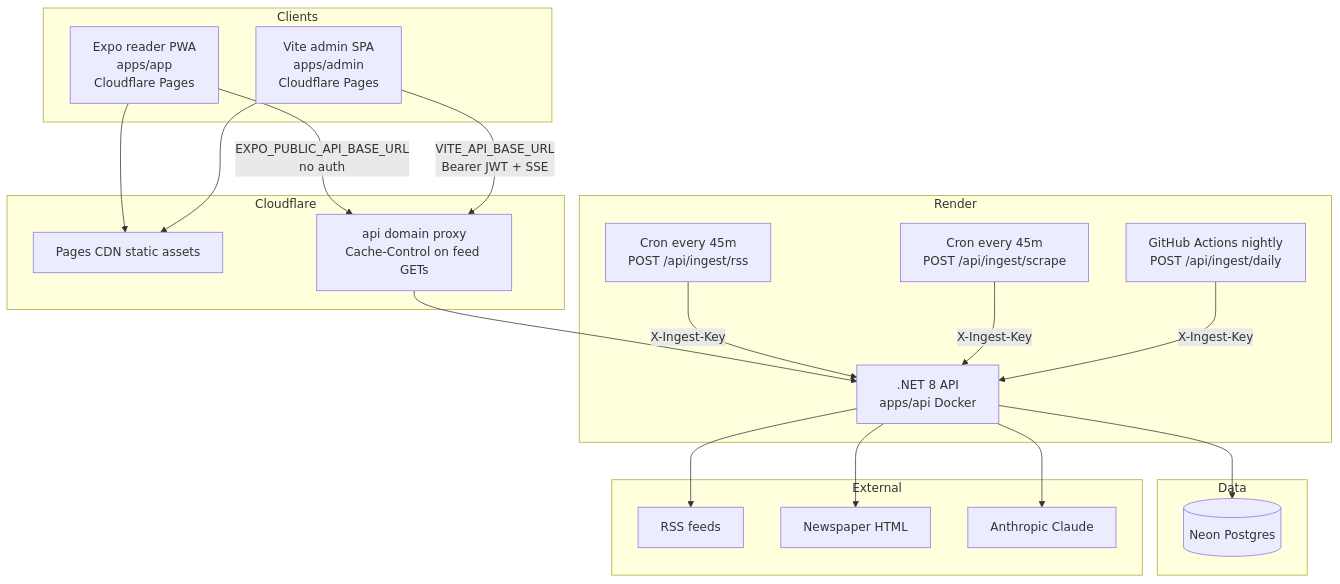
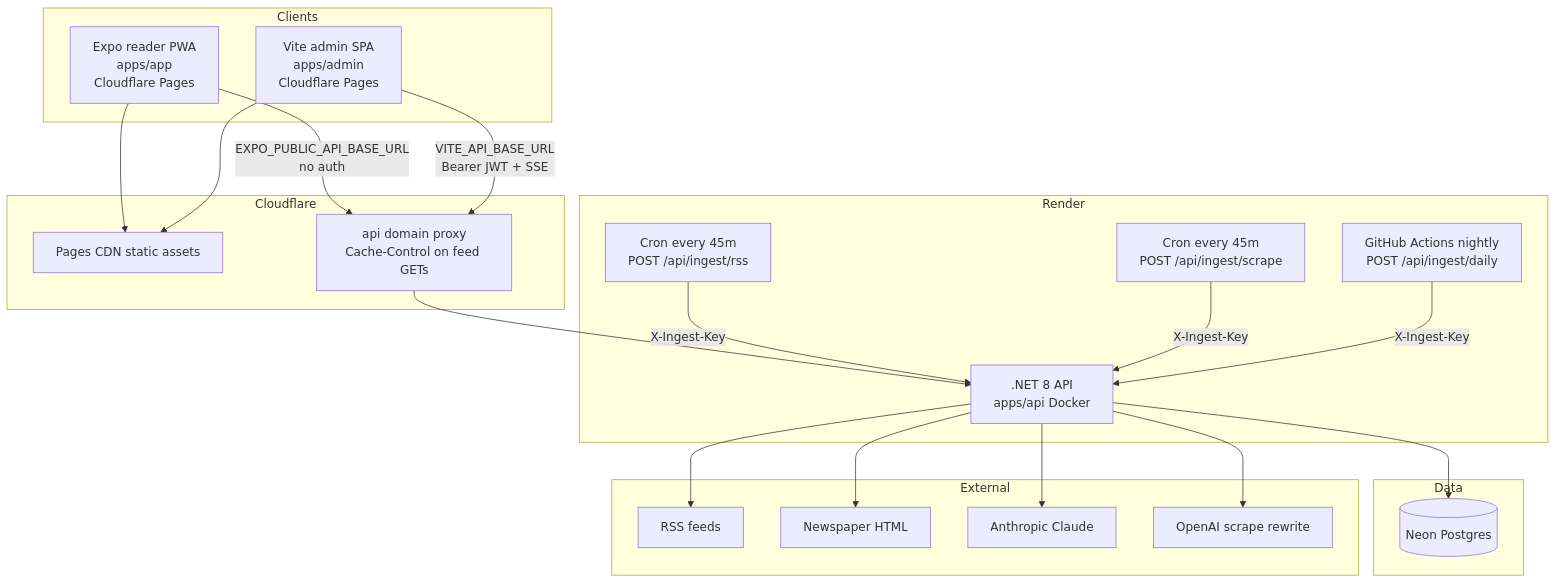
One commit to sshivanshg/TAZAkhabar changed the first of 3 diagrams in docs/architecture/00-system-overview.md. Above: the diagram before and after it, drawn with Mermaid. The commit also changed other lines of this file and 18 other files, not shown here.

First line of the commit message:
feat: rewrite scraped articles with OpenAI digests

````diff
--- a/docs/architecture/00-system-overview.md
+++ b/docs/architecture/00-system-overview.md
@@ -17,42 +17,44 @@
 ```mermaid
 flowchart TB
   subgraph clients [Clients]
     Reader[Expo reader PWA<br/>apps/app<br/>Cloudflare Pages]
     Admin[Vite admin SPA<br/>apps/admin<br/>Cloudflare Pages]
   end
 
   subgraph edge [Cloudflare]
     CDN[Pages CDN static assets]
     APICF[api domain proxy<br/>Cache-Control on feed GETs]
   end
 
   subgraph compute [Render]
     API[.NET 8 API<br/>apps/api Docker]
     CronRSS[Cron every 45m<br/>POST /api/ingest/rss]
     CronScrape[Cron every 45m<br/>POST /api/ingest/scrape]
     GHA[GitHub Actions nightly<br/>POST /api/ingest/daily]
   end
 
   subgraph data [Data]
     Neon[(Neon Postgres)]
   end
 
   subgraph external [External]
     RSS[RSS feeds]
     HTML[Newspaper HTML]
     Claude[Anthropic Claude]
+    OpenAI[OpenAI scrape rewrite]
   end
 
   Reader --> CDN
   Admin --> CDN
   Reader -->|EXPO_PUBLIC_API_BASE_URL<br/>no auth| APICF
   Admin -->|VITE_API_BASE_URL<br/>Bearer JWT + SSE| APICF
   APICF --> API
   CronRSS -->|X-Ingest-Key| API
   CronScrape -->|X-Ingest-Key| API
   GHA -->|X-Ingest-Key| API
   API --> Neon
   API --> RSS
   API --> HTML
   API --> Claude
+  API --> OpenAI
 ```
````
